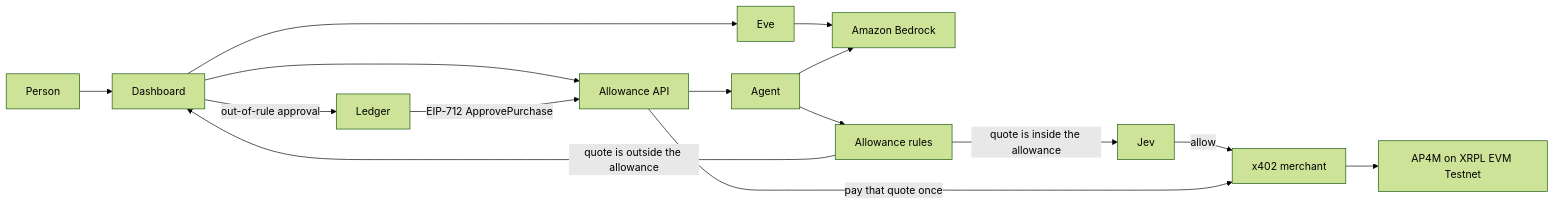
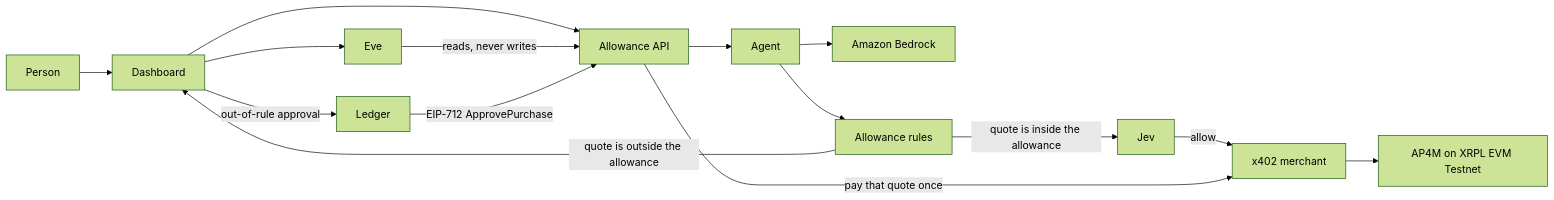
One commit to michaelnjoku347/Agent-allowance changed the diagram in README.md. Above: the diagram before and after it, drawn with Mermaid (forest theme). The commit also changed other lines of this file and 8 other files, not shown here.

````diff
--- a/README.md
+++ b/README.md
@@ -71,29 +61,29 @@
 ```mermaid
 flowchart LR
   person[Person]
   dash[Dashboard]
   api[Allowance API]
   eve[Eve]
   bedrock[Amazon Bedrock]
   agent[Agent]
   rules[Allowance rules]
   jev[Jev]
   merchant[x402 merchant]
   ap4m[AP4M on XRPL EVM Testnet]
   ledger[Ledger]
 
   person --> dash
   dash --> api
   dash --> eve
-  eve --> bedrock
+  eve -->|reads, never writes| api
   api --> agent
   agent --> bedrock
   agent --> rules
   rules -->|quote is inside the allowance| jev
   jev -->|allow| merchant
   rules -->|quote is outside the allowance| dash
   merchant --> ap4m
   dash -->|out-of-rule approval| ledger
   ledger -->|EIP-712 ApprovePurchase| api
   api -->|pay that quote once| merchant
 ```
````
